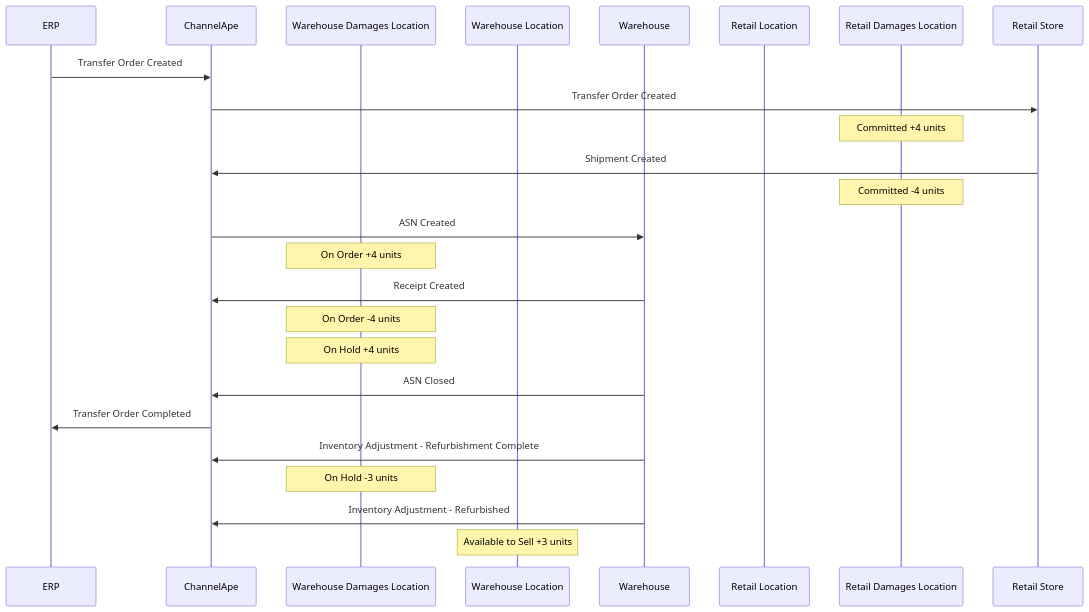
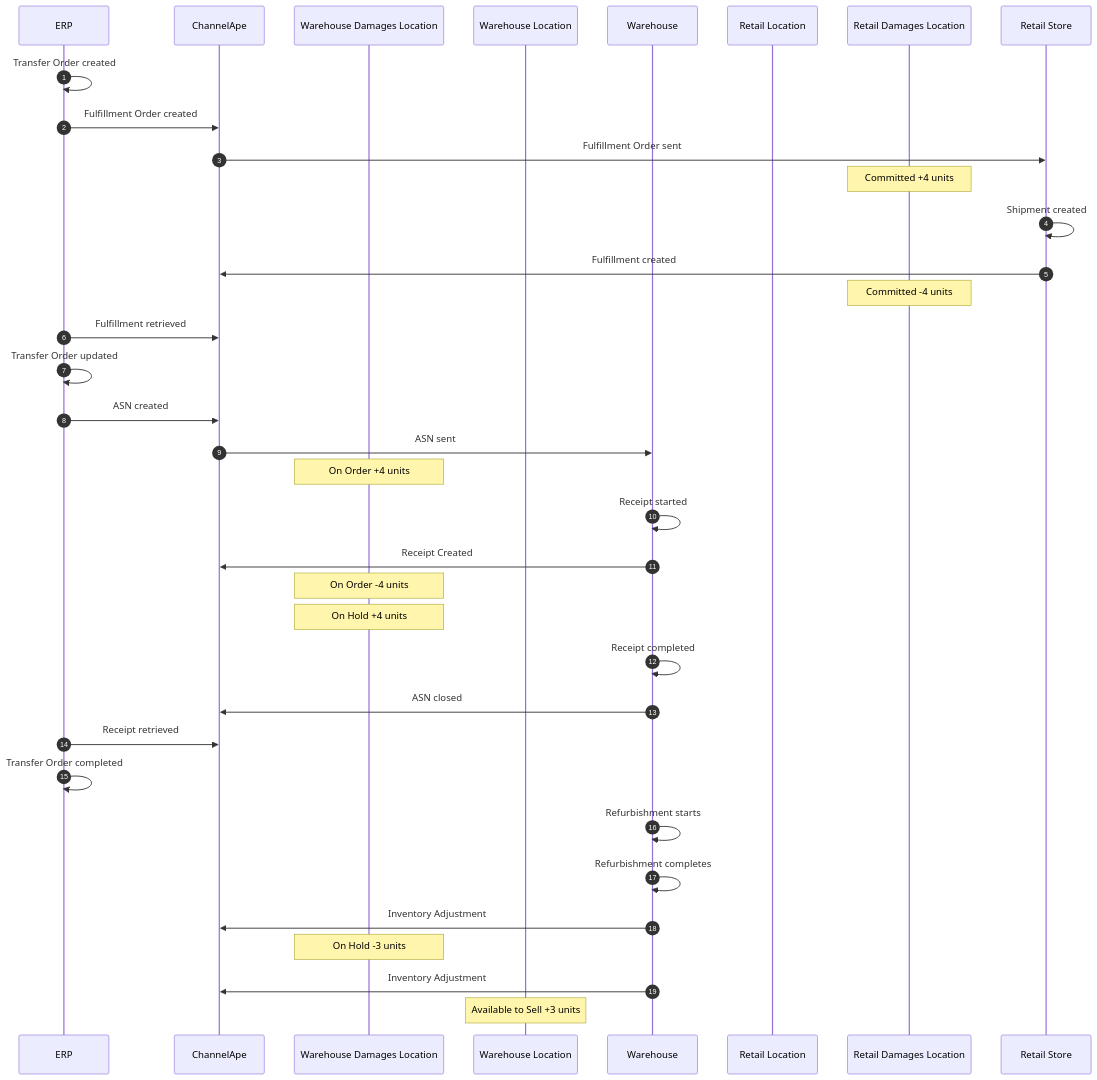
The sixth of 6 diagrams in data flows/transfer orders/README.md (ChannelApe/channelape-docs), drawn with Mermaid before and after one commit. The commit also changed other lines of this file, not shown here.

Commit message:
Updated Transfer Orders & Damages Refurb examples

````diff
--- a/data flows/transfer orders/README.md
+++ b/data flows/transfer orders/README.md
@@ -246,36 +314,54 @@
 ```mermaid
 sequenceDiagram
+    autonumber
     participant ERP
     participant ChannelApe
     participant Warehouse Damages Location
     participant Warehouse Location
     participant Warehouse
     participant Retail Location
     participant Retail Damages Location
     participant Retail Store
 
-    ERP->>ChannelApe: Transfer Order Created
+    ERP->>ERP: Transfer Order created
+    ERP->>ChannelApe: Fulfillment Order created
 
-    ChannelApe->>Retail Store: Transfer Order Created
+    ChannelApe->>Retail Store: Fulfillment Order sent
     note over Retail Damages Location: Committed +4 units
     
-    Retail Store->>ChannelApe: Shipment Created
+    Retail Store->>Retail Store: Shipment created
+
+    Retail Store->>ChannelApe: Fulfillment created
     note over Retail Damages Location: Committed -4 units
     
-    ChannelApe->>Warehouse: ASN Created
+    ERP->>ChannelApe: Fulfillment retrieved
+    ERP->>ERP: Transfer Order updated
+    ERP->>ChannelApe: ASN created
+
+    ChannelApe->>Warehouse: ASN sent
     note over Warehouse Damages Location: On Order +4 units
+
+    Warehouse->>Warehouse: Receipt started
 
     Warehouse->>ChannelApe: Receipt Created
     note over Warehouse Damages Location: On Order -4 units
     note over Warehouse Damages Location: On Hold +4 units
 
-    Warehouse->>ChannelApe: ASN Closed
+    Warehouse->>Warehouse: Receipt completed
 
-    ChannelApe->>ERP: Transfer Order Completed
-    
-    Warehouse->>ChannelApe: Inventory Adjustment - Refurbishment Complete
+    Warehouse->>ChannelApe: ASN closed
+
+    ERP->>ChannelApe: Receipt retrieved
+
+    ERP->>ERP: Transfer Order completed
+
+    Warehouse->>Warehouse: Refurbishment starts
+
+    Warehouse->>Warehouse: Refurbishment completes
+
+    Warehouse->>ChannelApe: Inventory Adjustment
     note over Warehouse Damages Location: On Hold -3 units
 
-    Warehouse->>ChannelApe: Inventory Adjustment - Refurbished
+    Warehouse->>ChannelApe: Inventory Adjustment
     note over Warehouse Location: Available to Sell +3 units
 ```
````
